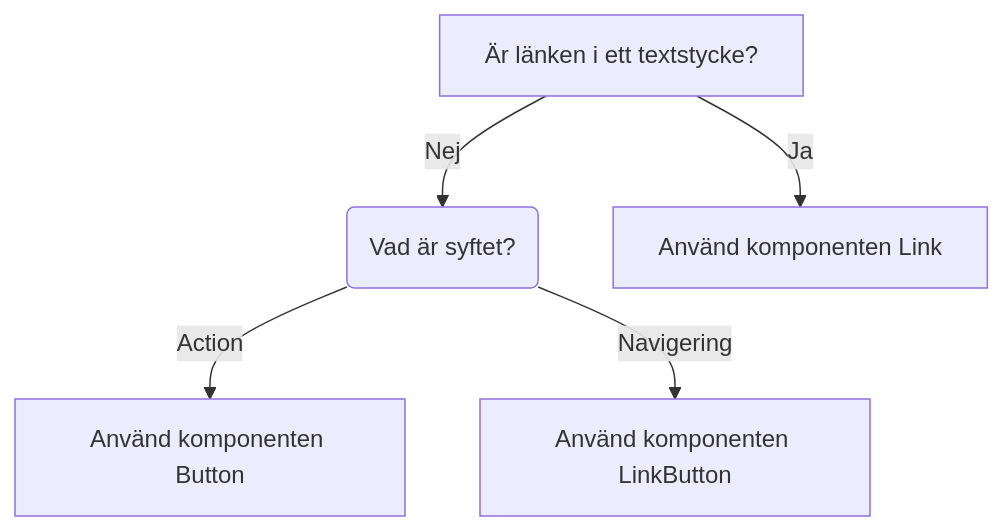
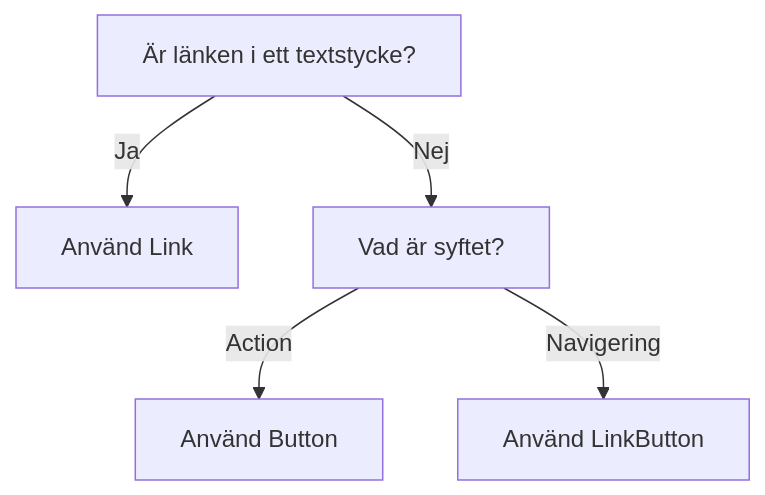
One commit to migrationsverket/midas changed the diagram in apps/docs/docs/components/link.mdx. Above: the diagram before and after it, drawn with Mermaid. The commit also changed other lines of this file and 2 other files, not shown here.

Commit message:
docs: rearrange and add styling to flowcharts

````diff
--- a/apps/docs/docs/components/link.mdx
+++ b/apps/docs/docs/components/link.mdx
@@ -34,7 +36,7 @@
 ```mermaid
 flowchart TD;
-    A[Är länken i ett textstycke?] -->|Nej| B(Vad är syftet?)
-    A -->|Ja| C[Använd komponenten Link]
-    B -->|Action| D[Använd komponenten Button]
-    B -->|Navigering| E[Använd komponenten LinkButton]
+    A[Är länken i ett textstycke?]:::primary-->|Ja| C[Använd Link]:::primary
+    A-->|Nej| B[Vad är syftet?]
+    B-->|Action| D[Använd Button]
+    B -->|Navigering| E[Använd LinkButton]
 ```
````
